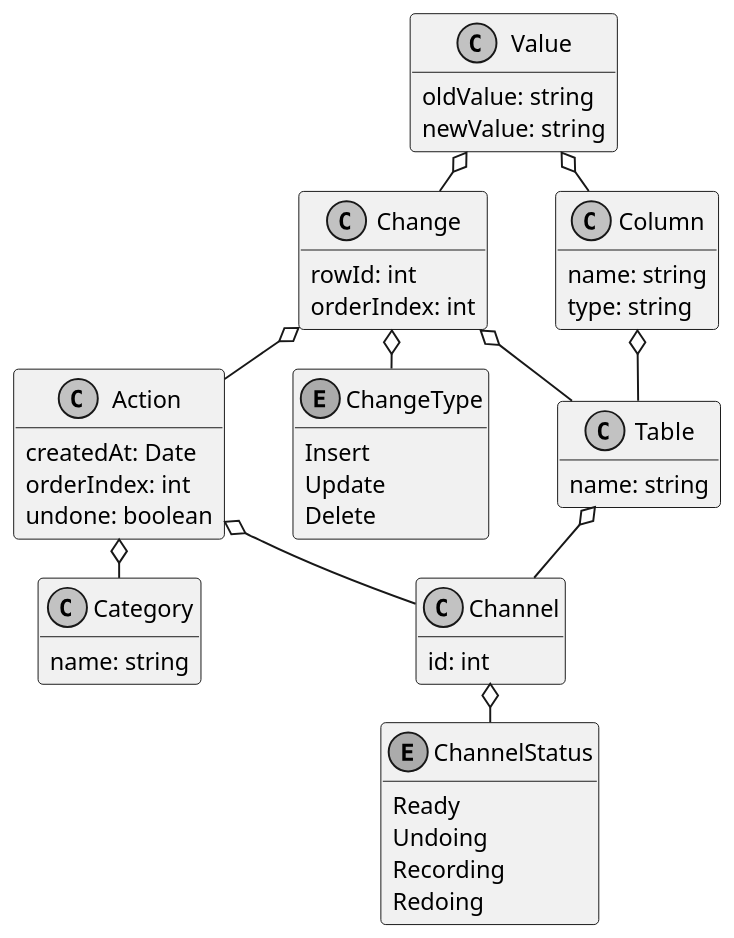
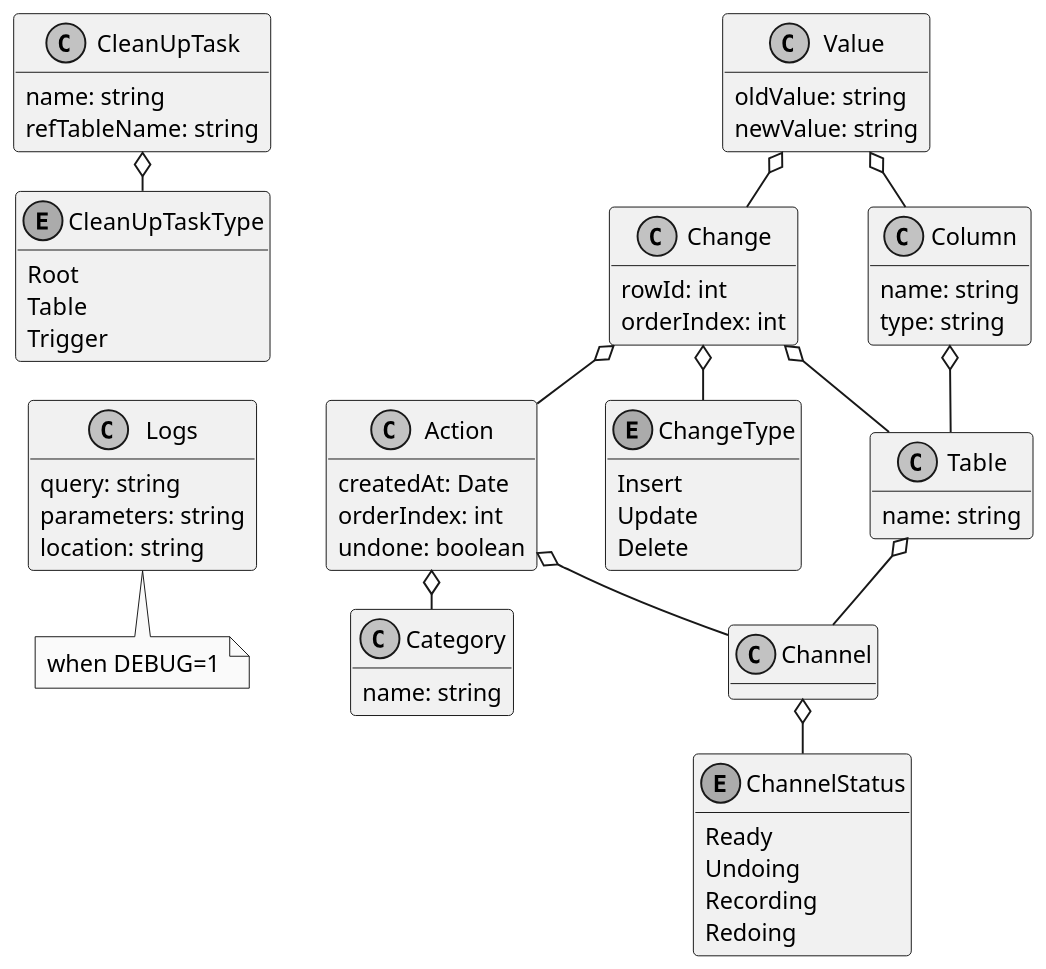
Before and after one commit to Lotes/sqlite-undo-log: the diagram in docs/tables.puml, drawn with PlantUML. The commit also changed 5 other files, not shown here.

```diff
--- a/docs/tables.puml
+++ b/docs/tables.puml
@@ -1,67 +1,90 @@
 @startuml Tables
 skinparam monochrome true
 skinparam ranksep 20
 skinparam dpi 150
 skinparam packageTitleAlignment left
 skinparam usecaseBorderThickness 0.4
 skinparam defaultFontSize 12
 skinparam rectangleBorderThickness 1
 hide methods
 
 class Category {
   name: string
 }
 
 class Action {
   createdAt: Date
   orderIndex: int
   undone: boolean
 }
 
 class Change {
   rowId: int
   orderIndex: int
 }
 
 enum ChangeType {
   Insert
   Update
   Delete
 }
 
 class Table {
   name: string
 }
 
 class Column {
   name: string
   type: string
 }
 
 class Value {
   oldValue: string
   newValue: string
 }
 
 class Channel {
-  id: int
 }
 
 enum ChannelStatus {
   Ready
   Undoing
   Recording
   Redoing
 }
+
+class CleanUpTask {
+  name: string
+  refTableName: string
+}
+
+enum CleanUpTaskType {
+  Root
+  Table
+  Trigger
+}
+
+class Logs {
+  query: string
+  parameters: string
+  location: string
+}
+
+note as NoteLogs
+when DEBUG=1
+end note
 
 Channel o-- ChannelStatus
 Action o-- Channel
 Action o-- Category
 Change o-- Table
 Change o-- Action
 Change o-- ChangeType
 Table o-- Channel
 Column o-- Table 
 Value o-- Column
 Value o-- Change
+CleanUpTask o-- CleanUpTaskType
+Logs -[hidden]up- CleanUpTaskType
+NoteLogs -[hidden]up- Logs 
 @enduml
```
